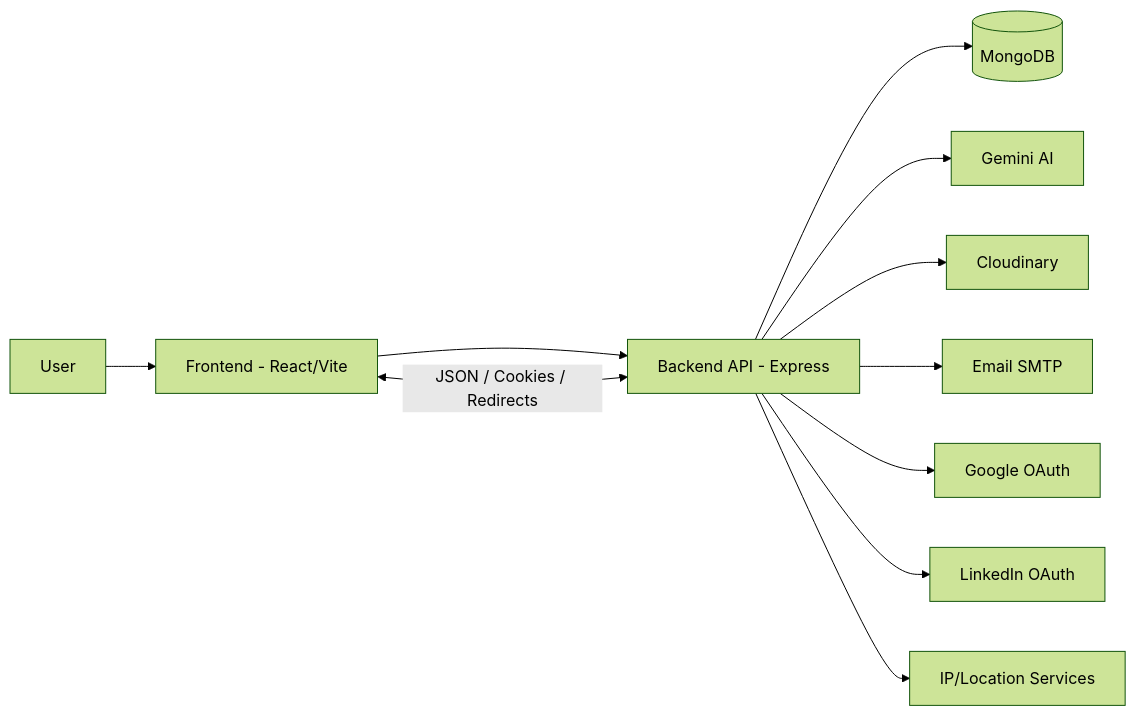
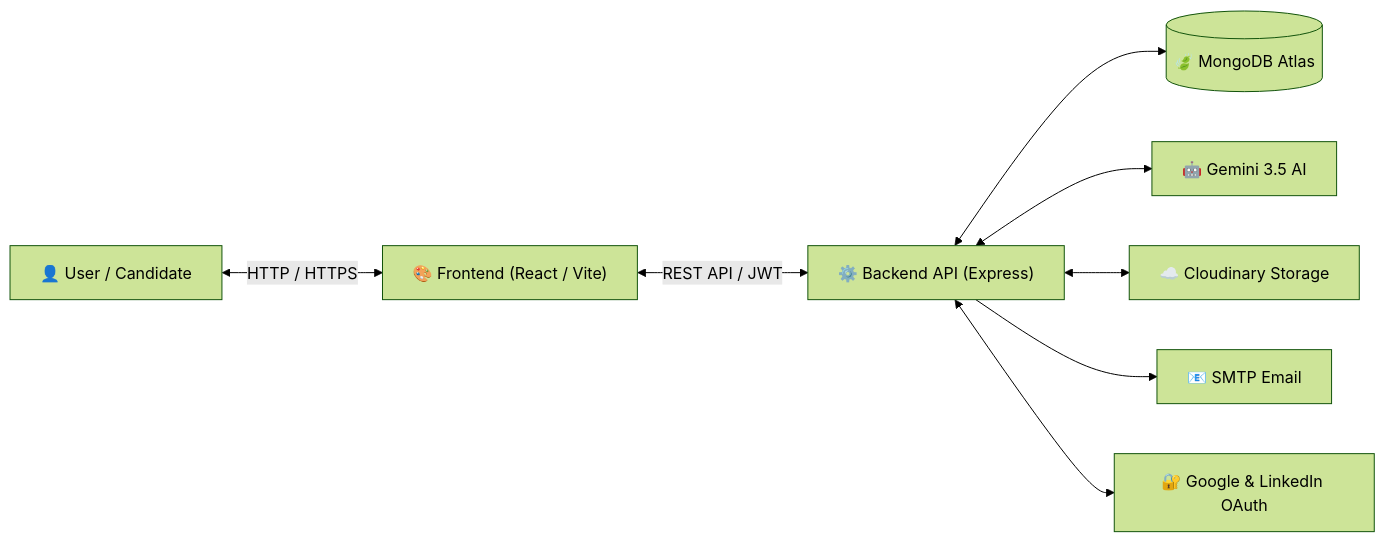
The first of 2 diagrams in Databases/Data-Flow-Diagram.md (TusharSaini999/Resume-Saathi), drawn with Mermaid (forest theme) before and after one commit. The commit also changed other lines of this file and 8 other files, not shown here.

````diff
--- a/Databases/Data-Flow-Diagram.md
+++ b/Databases/Data-Flow-Diagram.md
@@ -5,14 +5,19 @@
 ```mermaid
 flowchart LR
-  U[User] --> FE[Frontend - React/Vite]
-  FE --> API[Backend API - Express]
-  API --> DB[(MongoDB)]
-  API --> AI[Gemini AI]
-  API --> CL[Cloudinary]
-  API --> EM[Email SMTP]
-  API --> GX[Google OAuth]
-  API --> LX[LinkedIn OAuth]
-  API --> IP[IP/Location Services]
+  U["👤 User / Candidate"]
+  FE["🎨 Frontend (React / Vite)"]
+  API["⚙️ Backend API (Express)"]
+  DB[("🍃 MongoDB Atlas")]
+  AI["🤖 Gemini 3.5 AI"]
+  CL["☁️ Cloudinary Storage"]
+  EM["📧 SMTP Email"]
+  OAuth["🔐 Google & LinkedIn OAuth"]
 
-  FE <-->|JSON / Cookies / Redirects| API
+  U <-->|HTTP / HTTPS| FE
+  FE <-->|REST API / JWT| API
+  API <--> DB
+  API <--> AI
+  API <--> CL
+  API --> EM
+  API <--> OAuth
 ```
````
